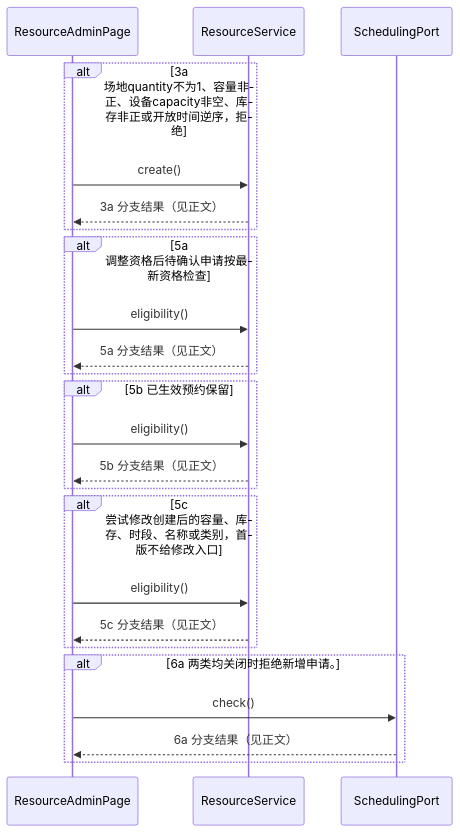
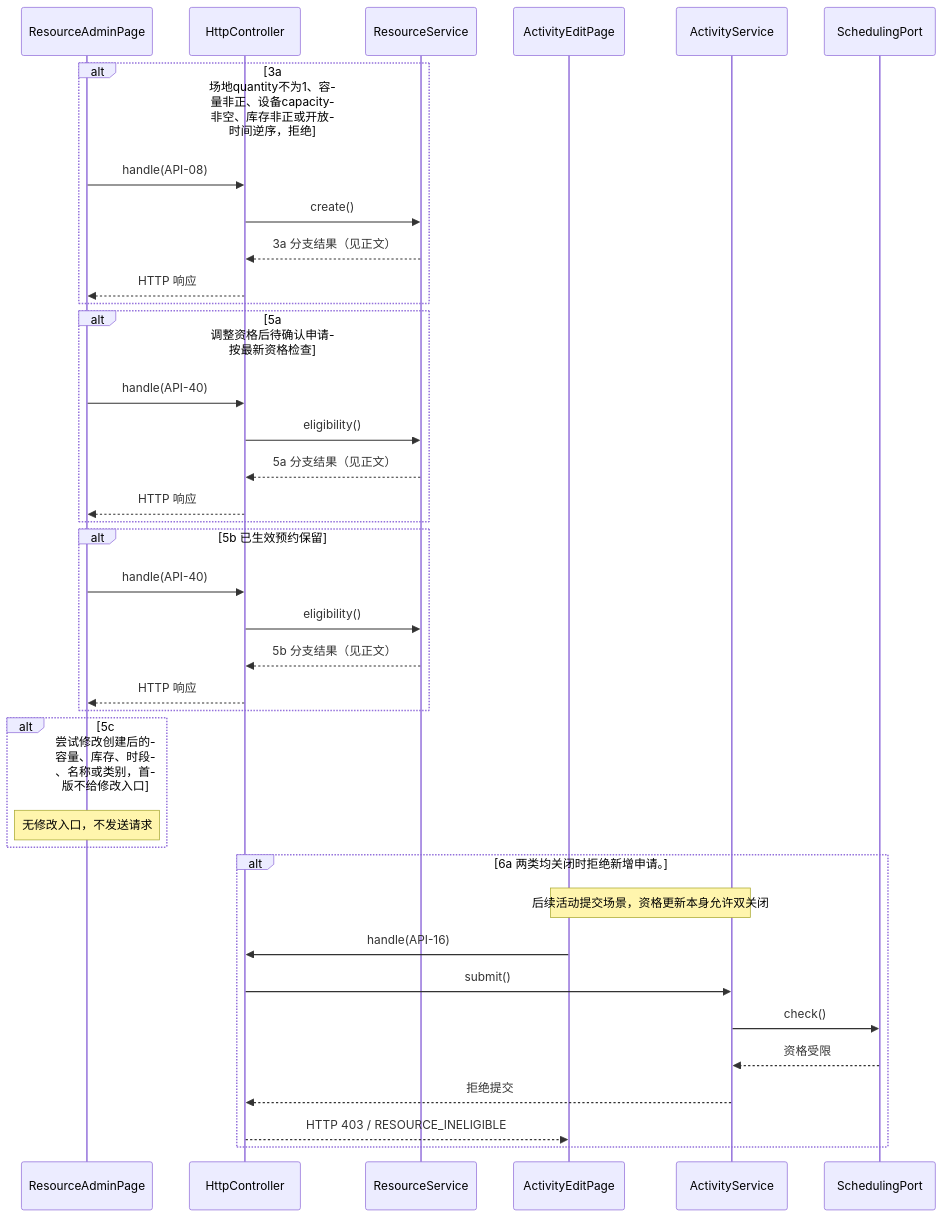
One commit to Rito-492/campus-sched changed diagram 12 of 44 in docs/design/software-design-task4.md. Above: the diagram before and after it, drawn with Mermaid. The commit also changed other lines of this file and 3 other files, not shown here.

Commit message:
docs: 修正任务4顺序图HTTP边界与页面调用方向

````diff
--- a/docs/design/software-design-task4.md
+++ b/docs/design/software-design-task4.md
@@ -1268,26 +1354,39 @@
 ```mermaid
 sequenceDiagram
  participant ResourceAdminPage
+ participant HttpController
  participant ResourceService
+ participant ActivityEditPage
+ participant ActivityService
  participant SchedulingPort
  alt 3a 场地quantity不为1、容量非正、设备capacity非空、库存非正或开放时间逆序，拒绝
- ResourceAdminPage->>ResourceService: create()
- ResourceService-->>ResourceAdminPage: 3a 分支结果（见正文）
+ ResourceAdminPage->>HttpController: handle(API-08)
+ HttpController->>ResourceService: create()
+ ResourceService-->>HttpController: 3a 分支结果（见正文）
+ HttpController-->>ResourceAdminPage: HTTP 响应
  end
  alt 5a 调整资格后待确认申请按最新资格检查
- ResourceAdminPage->>ResourceService: eligibility()
- ResourceService-->>ResourceAdminPage: 5a 分支结果（见正文）
+ ResourceAdminPage->>HttpController: handle(API-40)
+ HttpController->>ResourceService: eligibility()
+ ResourceService-->>HttpController: 5a 分支结果（见正文）
+ HttpController-->>ResourceAdminPage: HTTP 响应
  end
  alt 5b 已生效预约保留
- ResourceAdminPage->>ResourceService: eligibility()
- ResourceService-->>ResourceAdminPage: 5b 分支结果（见正文）
+ ResourceAdminPage->>HttpController: handle(API-40)
+ HttpController->>ResourceService: eligibility()
+ ResourceService-->>HttpController: 5b 分支结果（见正文）
+ HttpController-->>ResourceAdminPage: HTTP 响应
  end
  alt 5c 尝试修改创建后的容量、库存、时段、名称或类别，首版不给修改入口
- ResourceAdminPage->>ResourceService: eligibility()
- ResourceService-->>ResourceAdminPage: 5c 分支结果（见正文）
+ Note over ResourceAdminPage: 无修改入口，不发送请求
  end
  alt 6a 两类均关闭时拒绝新增申请。
- ResourceAdminPage->>SchedulingPort: check()
- SchedulingPort-->>ResourceAdminPage: 6a 分支结果（见正文）
+ Note over ActivityEditPage,ActivityService: 后续活动提交场景，资格更新本身允许双关闭
+ ActivityEditPage->>HttpController: handle(API-16)
+ HttpController->>ActivityService: submit()
+ ActivityService->>SchedulingPort: check()
+ SchedulingPort-->>ActivityService: 资格受限
+ ActivityService-->>HttpController: 拒绝提交
+ HttpController-->>ActivityEditPage: HTTP 403 / RESOURCE_INELIGIBLE
  end
 ```
````
